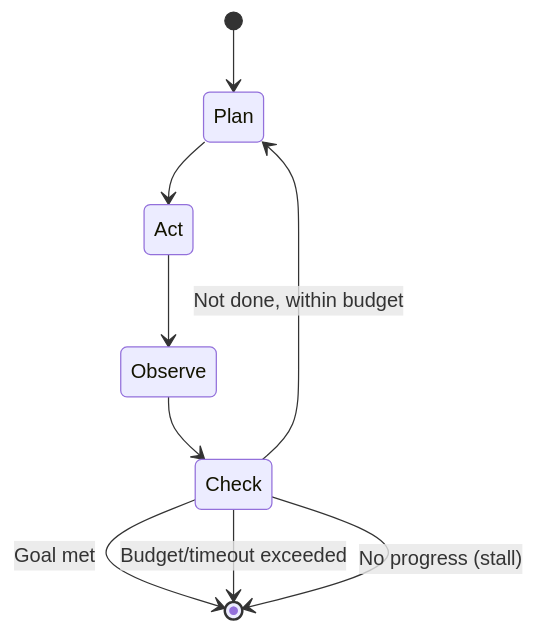
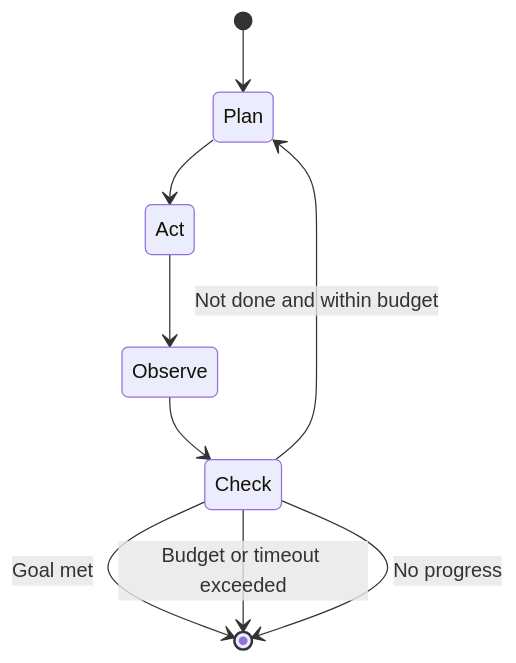
The seventh of 9 diagrams in Agents_Visualization.md (jsmoelling/AgenticAI), drawn with Mermaid before and after one commit. The commit also changed other lines of this file, not shown here.

````diff
--- a/Agents_Visualization.md
+++ b/Agents_Visualization.md
@@ -167,11 +177,11 @@
 ```mermaid
 stateDiagram-v2
   [*] --> Plan
   Plan --> Act
   Act --> Observe
   Observe --> Check
-  Check --> Plan: Not done, within budget
+  Check --> Plan: Not done and within budget
   Check --> [*]: Goal met
-  Check --> [*]: Budget/timeout exceeded
-  Check --> [*]: No progress (stall)
+  Check --> [*]: Budget or timeout exceeded
+  Check --> [*]: No progress
 ```
````
